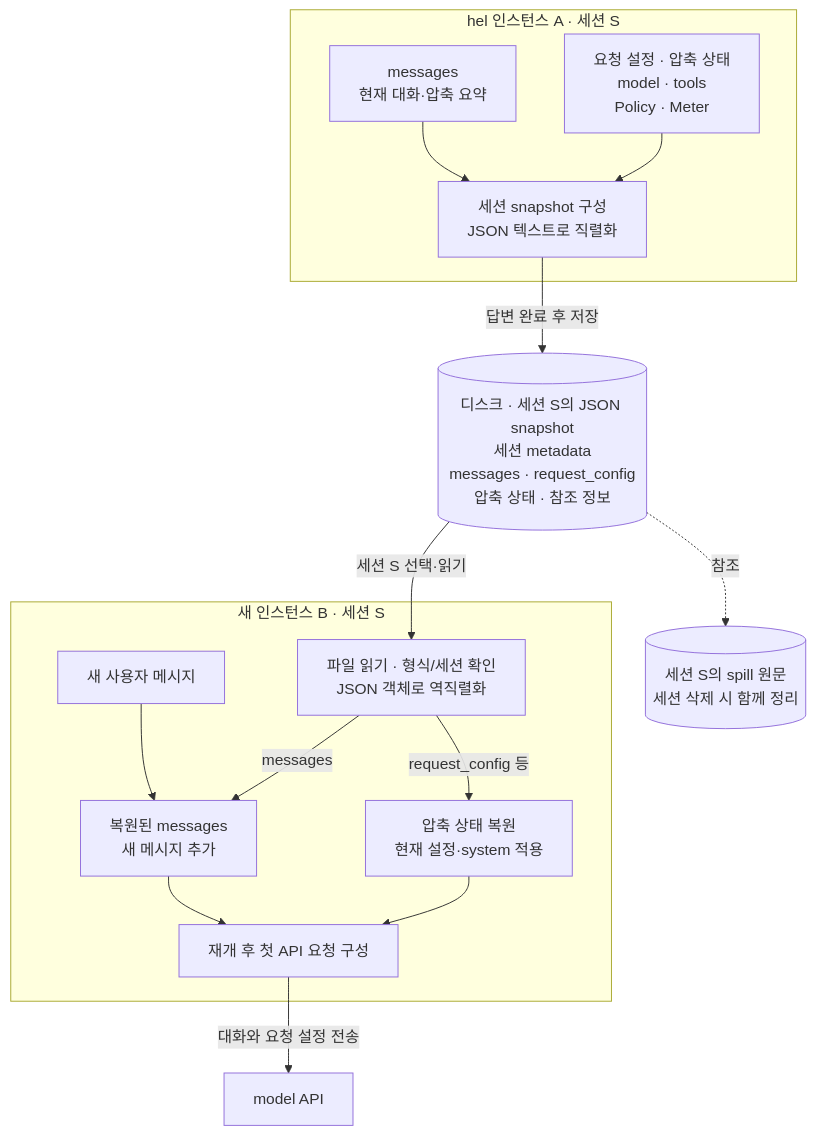
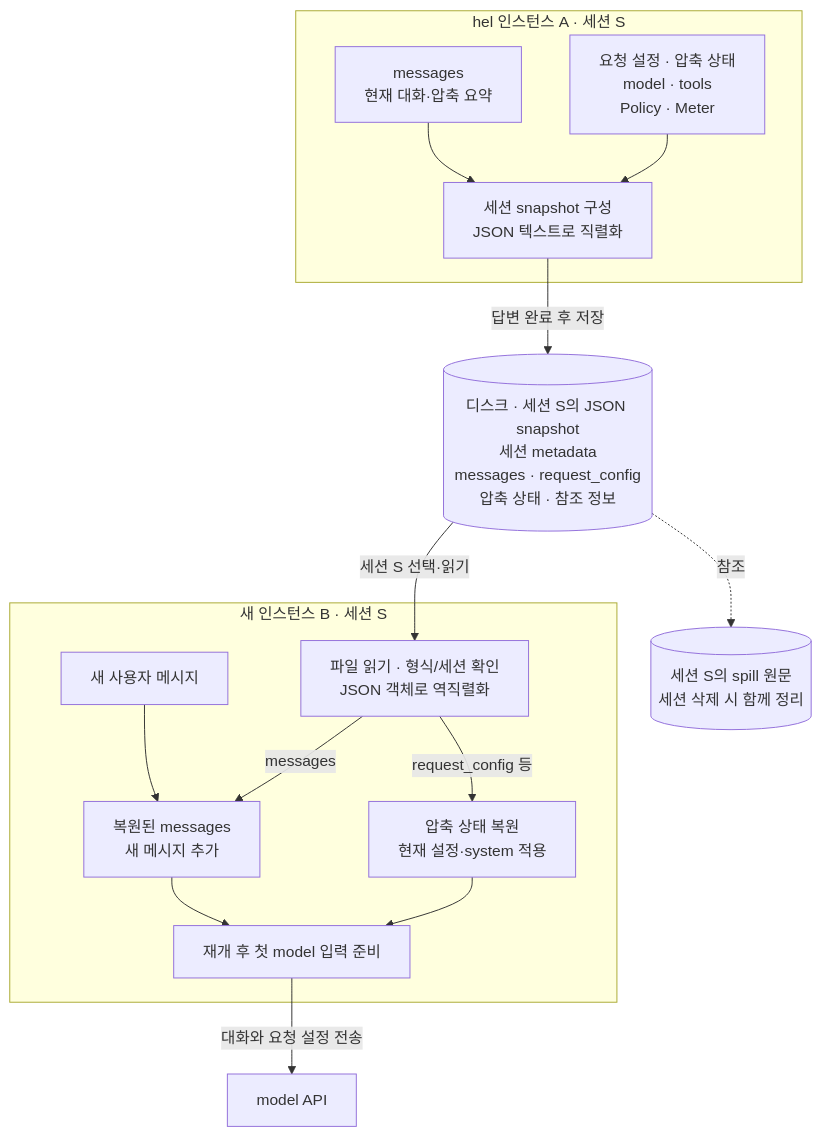
The second of 2 diagrams in guide/src/labs/h09-sessions-checkpoints/README.md (jammer-droid/HEL), drawn with Mermaid before and after one commit. The commit also changed other lines of this file and 69 other files, not shown here.

````diff
--- a/guide/src/labs/h09-sessions-checkpoints/README.md
+++ b/guide/src/labs/h09-sessions-checkpoints/README.md
@@ -161,28 +161,28 @@
 ```mermaid
 flowchart TB
     subgraph A["hel 인스턴스 A · 세션 S"]
         AM["messages<br/>현재 대화·압축 요약"]
         AC["요청 설정 · 압축 상태<br/>model · tools<br/>Policy · Meter"]
         SAVE["세션 snapshot 구성<br/>JSON 텍스트로 직렬화"]
         AM --> SAVE
         AC --> SAVE
     end
     SNAP[("디스크 · 세션 S의 JSON snapshot<br/>세션 metadata<br/>messages · request_config<br/>압축 상태 · 참조 정보")]
     ART[("세션 S의 spill 원문<br/>세션 삭제 시 함께 정리")]
     SNAP -.->|참조| ART
     SAVE -->|답변 완료 후 저장| SNAP
     subgraph B["새 인스턴스 B · 세션 S"]
         LOAD["파일 읽기 · 형식/세션 확인<br/>JSON 객체로 역직렬화"]
         BM["복원된 messages<br/>새 메시지 추가"]
         BC["압축 상태 복원<br/>현재 설정·system 적용"]
         NEW["새 사용자 메시지"]
-        NEXT["재개 후 첫 API 요청 구성"]
+        NEXT["재개 후 첫 model 입력 준비"]
         NEW --> BM
         LOAD -->|messages| BM
         LOAD -->|request_config 등| BC
         BM --> NEXT
         BC --> NEXT
     end
     SNAP -->|세션 S 선택·읽기| LOAD
     NEXT -->|대화와 요청 설정 전송| MODEL["model API"]
 ```
````
